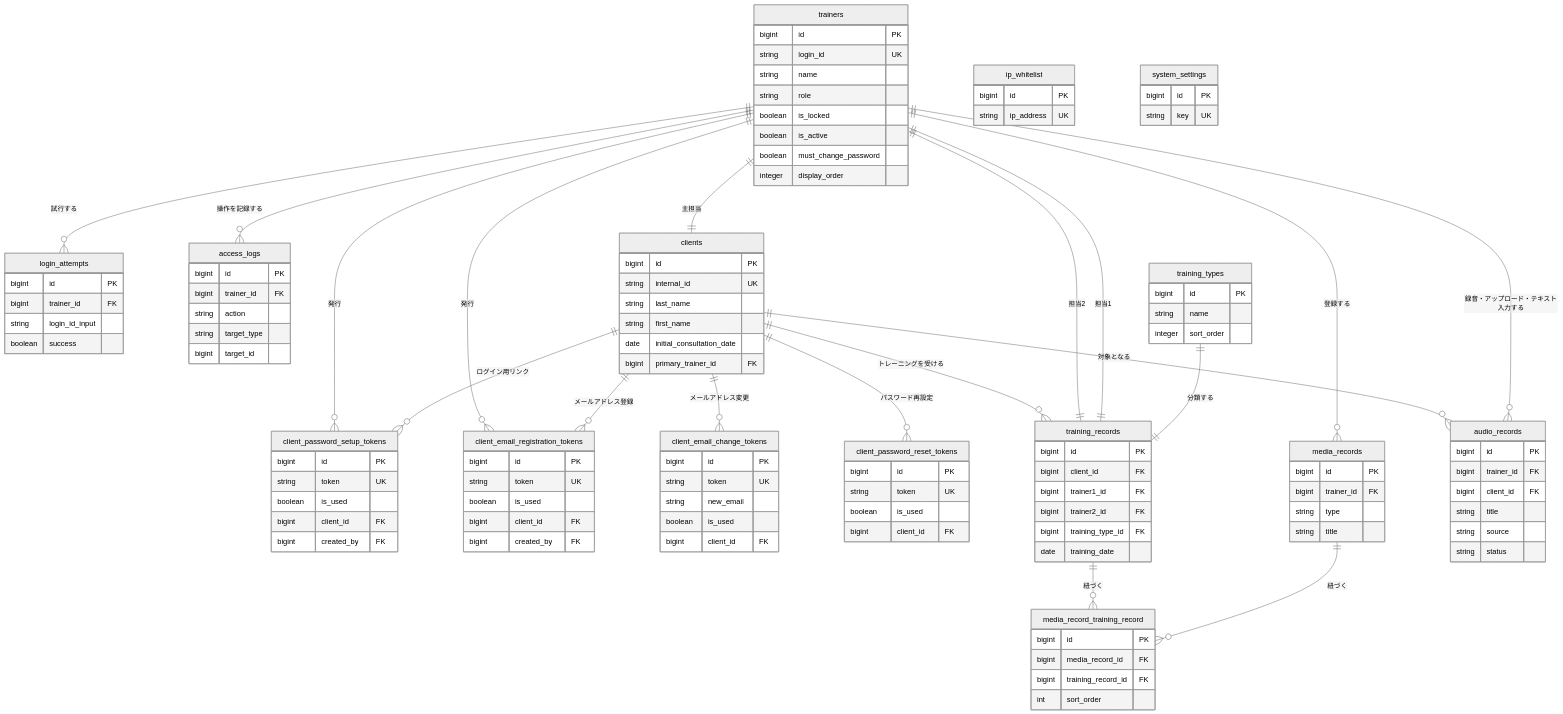
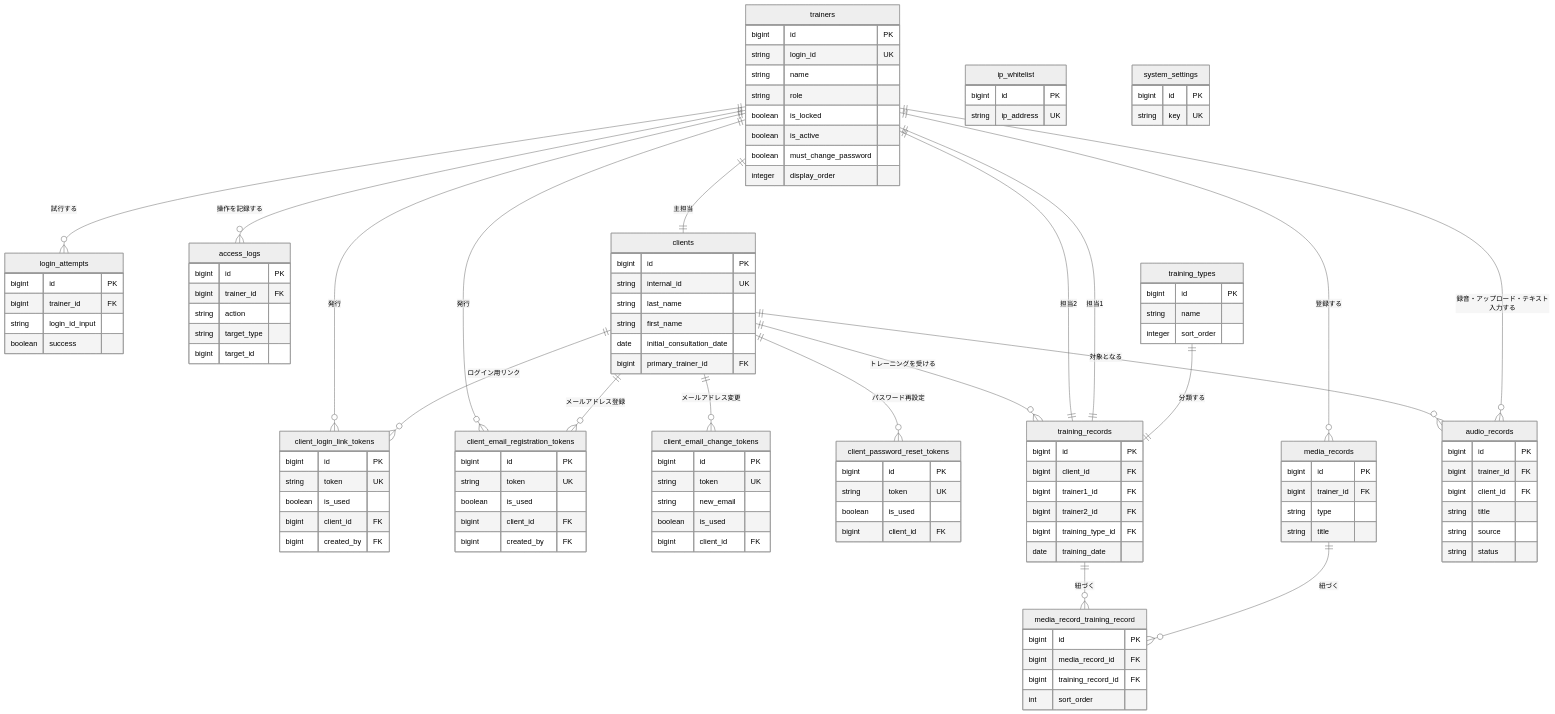
One commit to y-ouchi-inmylife/training-record-system changed the diagram in docs/db-schema.md. Above: the diagram before and after it, drawn with Mermaid (neutral theme). The commit also changed other lines of this file and 2 other files, not shown here.

Commit message:
docs: rename the password setup token to the login link token

```diff
--- a/docs/db-schema.md
+++ b/docs/db-schema.md
@@ -63,7 +63,7 @@
         bigint primary_trainer_id FK
     }
 
-    client_password_setup_tokens {
+    client_login_link_tokens {
         bigint id PK
         string token UK
         boolean is_used
@@ -160,8 +160,8 @@
     trainers ||--o{ audio_records : "録音・アップロード・テキスト入力する"
 
     clients ||--o{ audio_records : "対象となる"
-    clients ||--o{ client_password_setup_tokens : "ログイン用リンク"
-    trainers ||--o{ client_password_setup_tokens : "発行"
+    clients ||--o{ client_login_link_tokens : "ログイン用リンク"
+    trainers ||--o{ client_login_link_tokens : "発行"
     clients ||--o{ client_email_registration_tokens : "メールアドレス登録"
     trainers ||--o{ client_email_registration_tokens : "発行"
     clients ||--o{ client_email_change_tokens : "メールアドレス変更"
```
